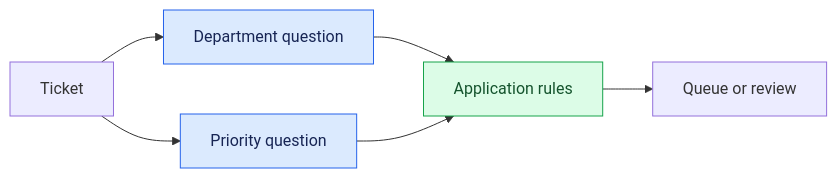
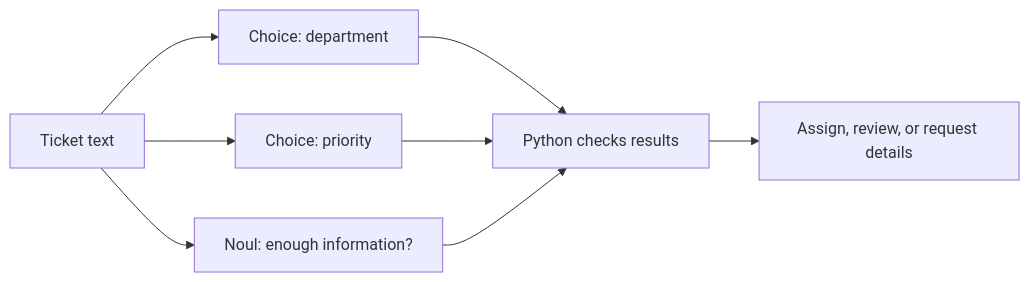
Before and after one commit to owainlewis/jev-examples: the second of 2 diagrams in docs/video.md, drawn with Mermaid. The commit also changed other lines of this file, not shown here.

````diff
--- a/docs/video.md
+++ b/docs/video.md
@@ -67,11 +111,10 @@
 ```mermaid
 flowchart LR
-    T[Ticket] --> D[Department question]
-    T --> P[Priority question]
-    D --> R[Application rules]
-    P --> R
-    R --> Q[Queue or review]
-    style D fill:#dbeafe,stroke:#2563eb,color:#172554
-    style P fill:#dbeafe,stroke:#2563eb,color:#172554
-    style R fill:#dcfce7,stroke:#16a34a,color:#14532d
+    T[Ticket text] --> D[Choice: department]
+    T --> P[Choice: priority]
+    T --> I[Noul: enough information?]
+    D --> C[Python checks results]
+    P --> C
+    I --> C
+    C --> A[Assign, review, or request details]
 ```
````
